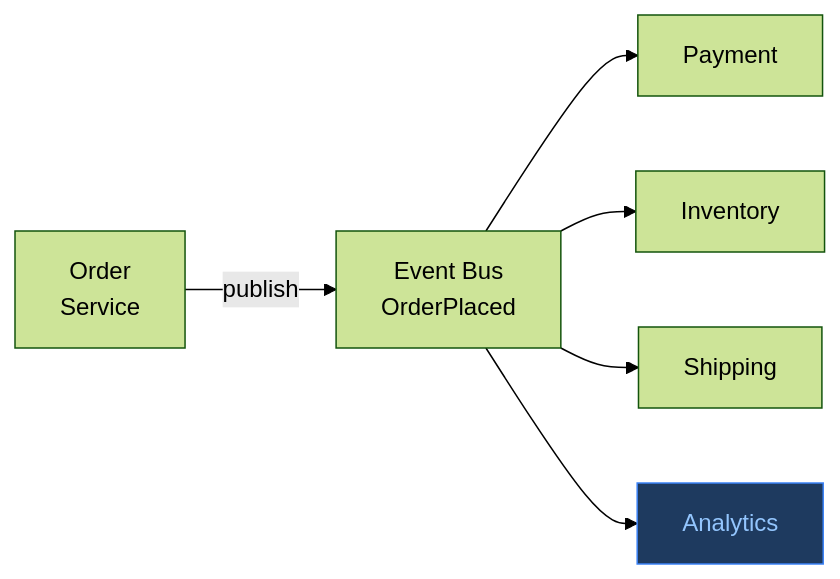
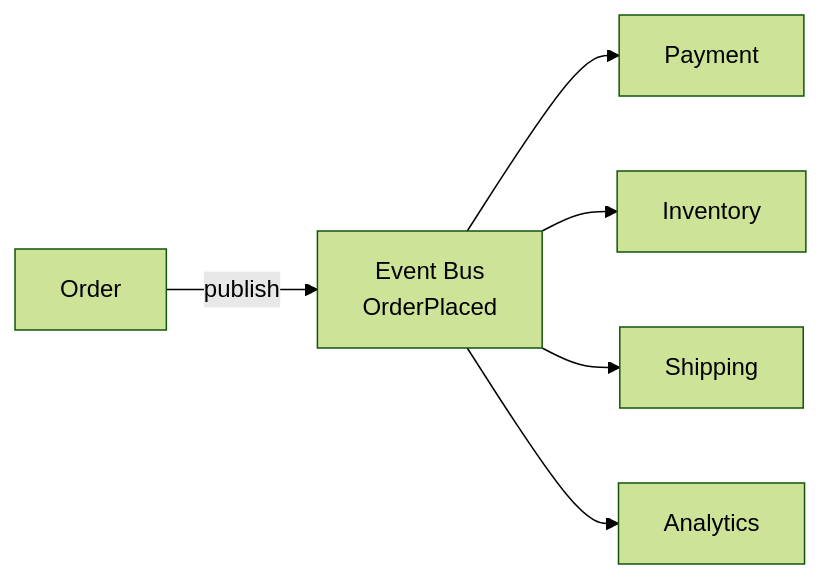
One commit to calmrocks/system-design-dive-deep changed the second of 16 diagrams in Sessions/Event-Driven Architecture/Slides.md. Above: the diagram before and after it, drawn with Mermaid (forest theme). The commit also changed other lines of this file and 2 other files, not shown here.

```diff
--- a/Sessions/Event-Driven Architecture/Slides.md
+++ b/Sessions/Event-Driven Architecture/Slides.md
@@ -121,10 +67,8 @@
 ~~~mermaid
 flowchart LR
-    OS[Order\nService] -->|publish| EB[Event Bus\nOrderPlaced]
+    OS[Order] -->|publish| EB[Event Bus<br>OrderPlaced]
     EB --> PAY[Payment]
     EB --> INV[Inventory]
     EB --> SHIP[Shipping]
     EB --> ANA[Analytics]
-
-    style ANA fill:#1e3a5f,stroke:#3b82f6,color:#93c5fd
 ~~~
```
